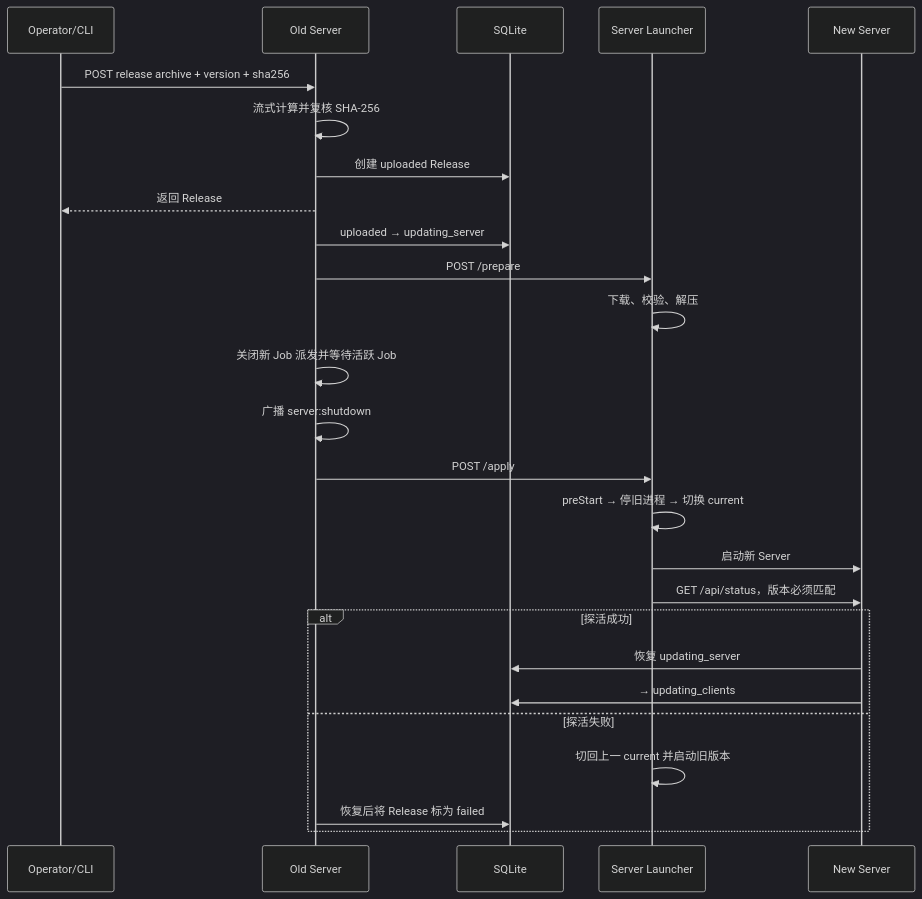
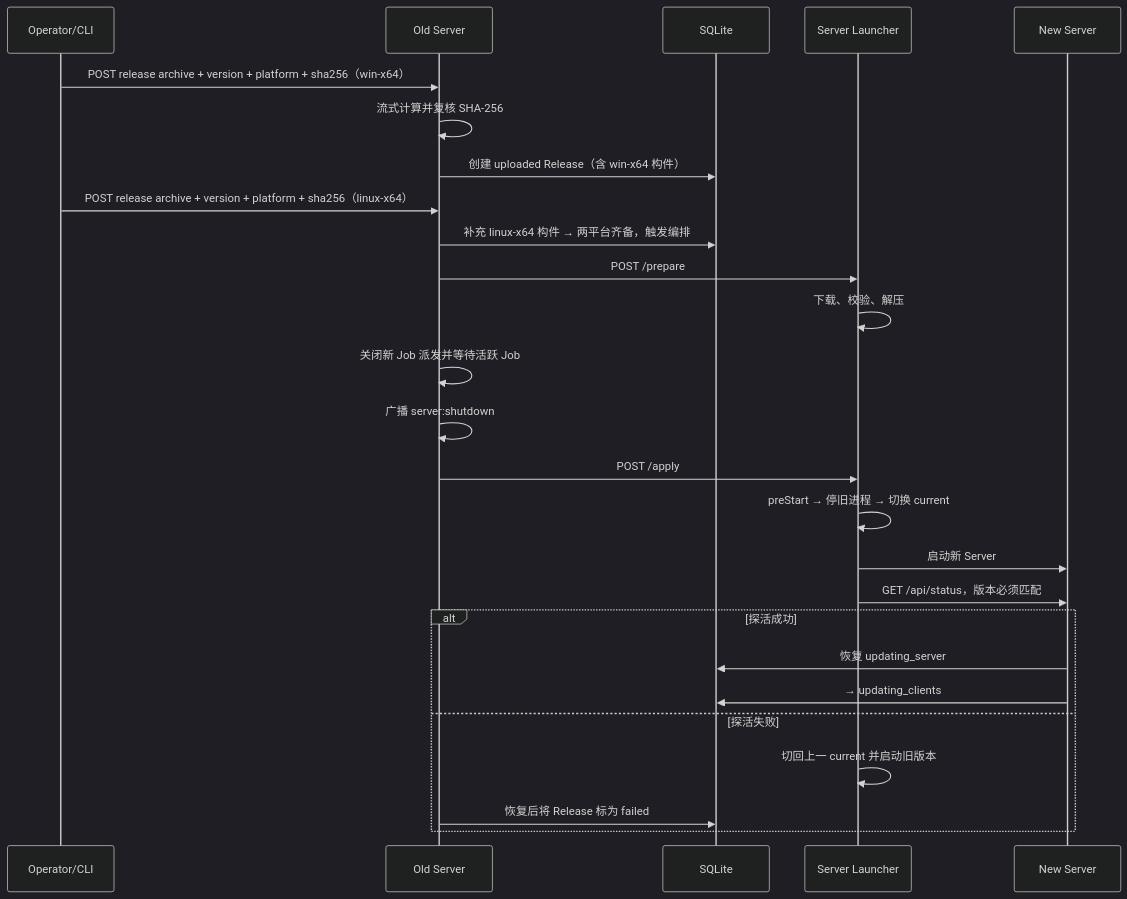
The second of 3 diagrams in docs/design/release-and-update.md (xuzhen97/VCPDeck), drawn with Mermaid (dark theme) before and after one commit. The commit also changed other lines of this file and 11 other files, not shown here.

````diff
--- a/docs/design/release-and-update.md
+++ b/docs/design/release-and-update.md
@@ -152,29 +161,29 @@
 ```mermaid
 sequenceDiagram
     participant O as Operator/CLI
     participant S as Old Server
     participant DB as SQLite
     participant L as Server Launcher
     participant N as New Server
 
-    O->>S: POST release archive + version + sha256
+    O->>S: POST release archive + version + platform + sha256（win-x64）
     S->>S: 流式计算并复核 SHA-256
-    S->>DB: 创建 uploaded Release
-    S-->>O: 返回 Release
-    S->>DB: uploaded → updating_server
+    S->>DB: 创建 uploaded Release（含 win-x64 构件）
+    O->>S: POST release archive + version + platform + sha256（linux-x64）
+    S->>DB: 补充 linux-x64 构件 → 两平台齐备，触发编排
     S->>L: POST /prepare
     L->>L: 下载、校验、解压
     S->>S: 关闭新 Job 派发并等待活跃 Job
     S->>S: 广播 server:shutdown
     S->>L: POST /apply
     L->>L: preStart → 停旧进程 → 切换 current
     L->>N: 启动新 Server
     L->>N: GET /api/status，版本必须匹配
     alt 探活成功
         N->>DB: 恢复 updating_server
         N->>DB: → updating_clients
     else 探活失败
         L->>L: 切回上一 current 并启动旧版本
         S->>DB: 恢复后将 Release 标为 failed
     end
 ```
````
